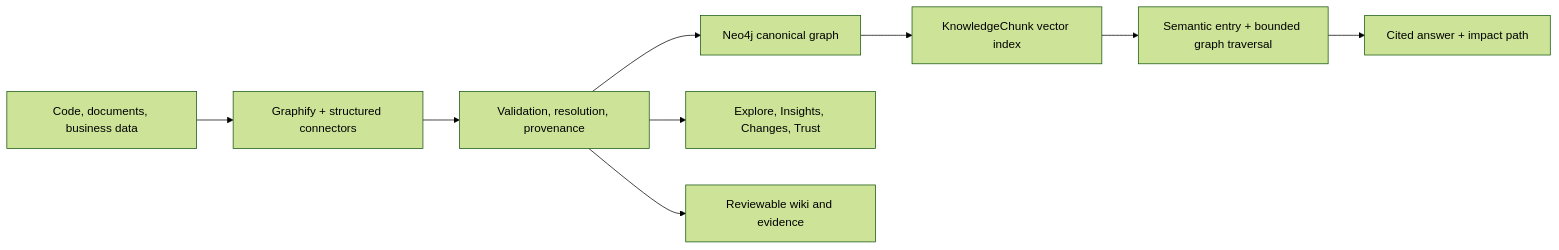
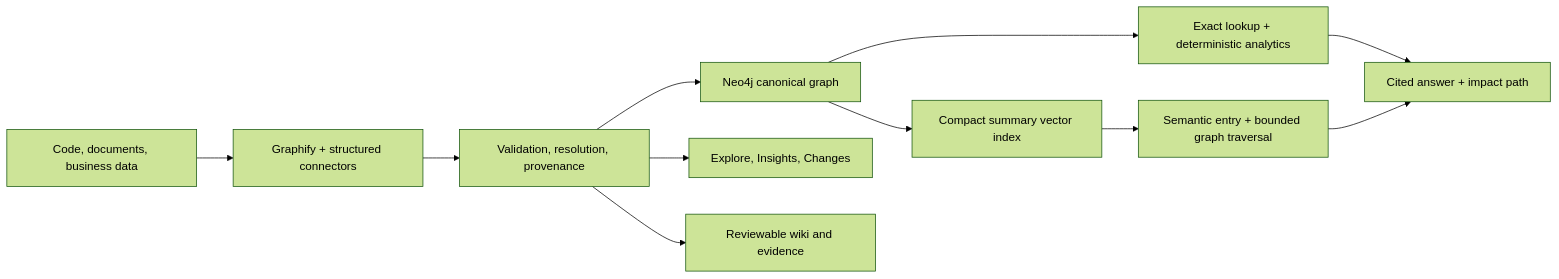
The diagram in README.md (Yureehh/ontology_atlas), drawn with Mermaid (forest theme) before and after one commit. The commit also changed other lines of this file and 28 other files, not shown here.

````diff
--- a/README.md
+++ b/README.md
@@ -29,11 +27,13 @@
 ```mermaid
 flowchart LR
     Sources["Code, documents, business data"] --> Extract["Graphify + structured connectors"]
     Extract --> Validate["Validation, resolution, provenance"]
     Validate --> Neo4j["Neo4j canonical graph"]
-    Neo4j --> Index["KnowledgeChunk vector index"]
+    Neo4j --> Route["Exact lookup + deterministic analytics"]
+    Neo4j --> Index["Compact summary vector index"]
     Index --> Retrieve["Semantic entry + bounded graph traversal"]
+    Route --> Ask
     Retrieve --> Ask["Cited answer + impact path"]
-    Validate --> Explore["Explore, Insights, Changes, Trust"]
+    Validate --> Explore["Explore, Insights, Changes"]
     Validate --> Wiki["Reviewable wiki and evidence"]
 ```
````
